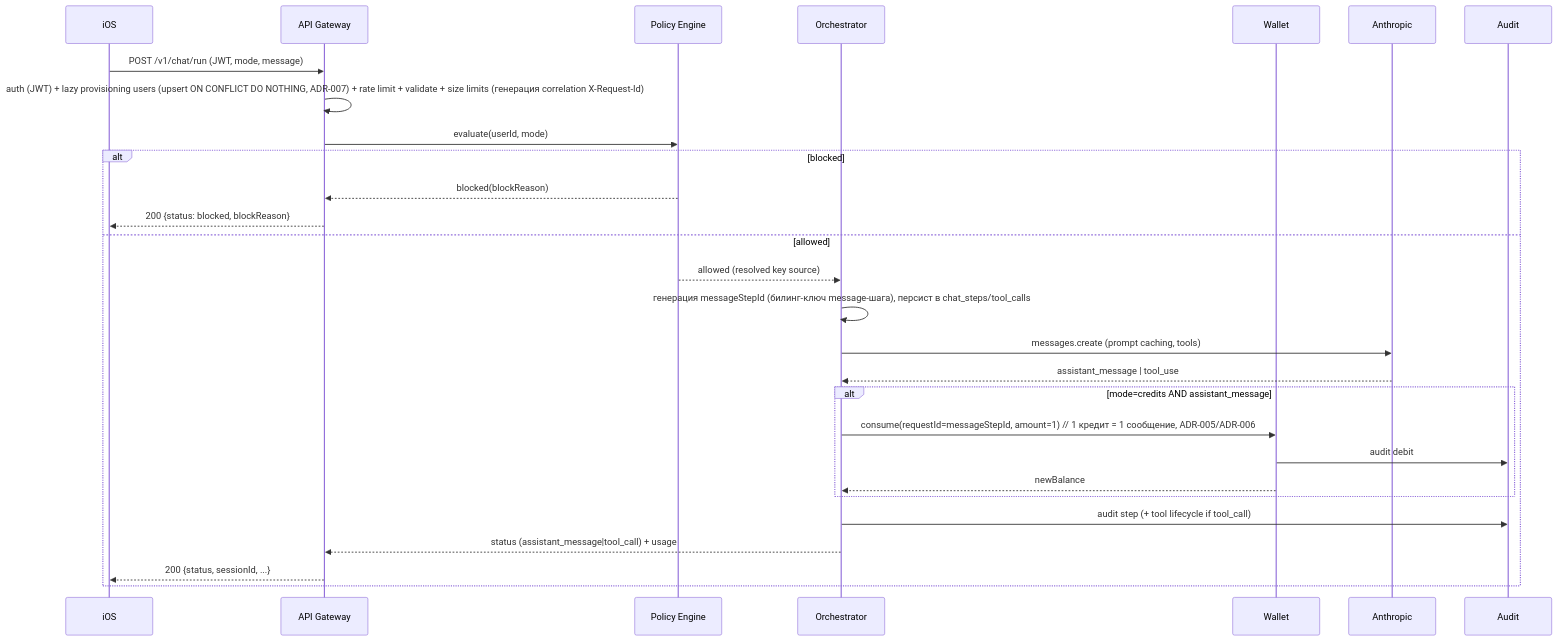
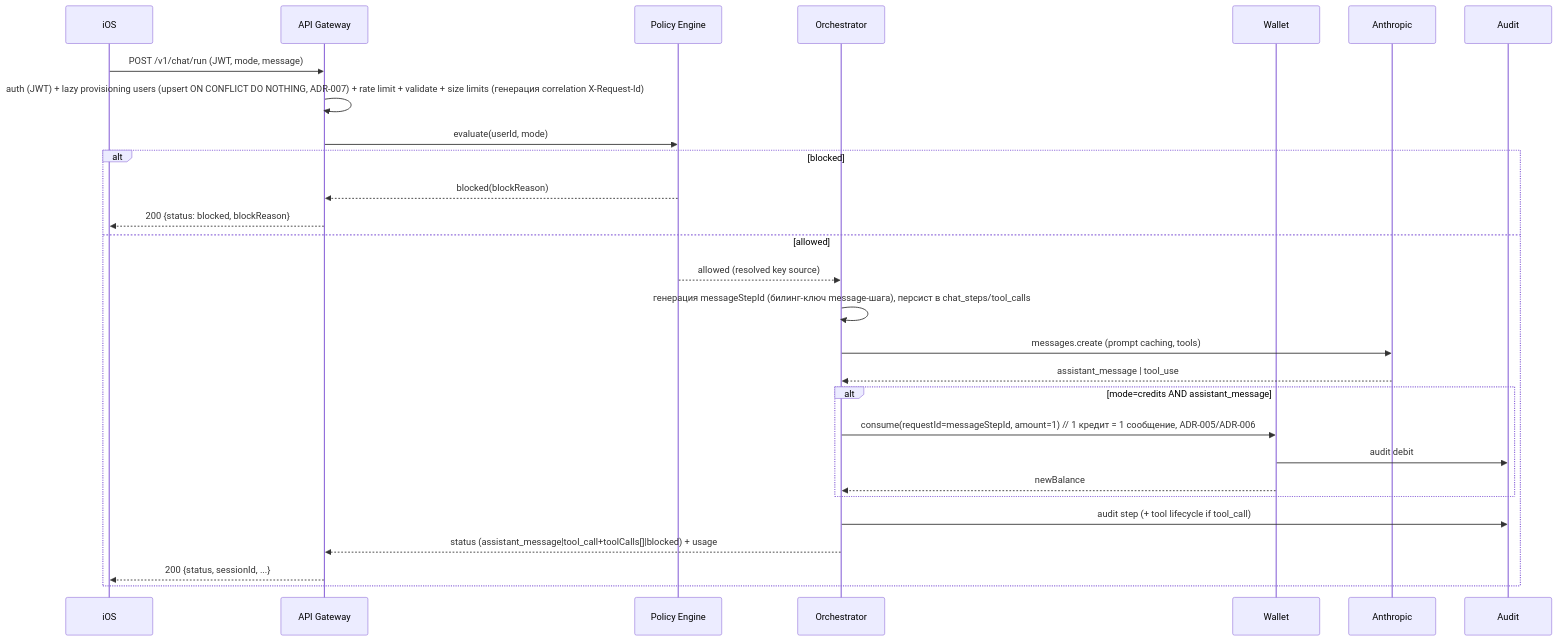
The second of 3 diagrams in docs/01-architecture.md (eliseiv/claude-ios), drawn with Mermaid before and after one commit. The commit also changed other lines of this file and 28 other files, not shown here.

First line of the commit message:
feat(chat): parallel client-side tool calls + max_tokens truncation handling (ADR-025)

````diff
--- a/docs/01-architecture.md
+++ b/docs/01-architecture.md
@@ -100,31 +100,31 @@
 ```mermaid
 sequenceDiagram
     participant C as iOS
     participant GW as API Gateway
     participant P as Policy Engine
     participant O as Orchestrator
     participant W as Wallet
     participant A as Anthropic
     participant AU as Audit
 
     C->>GW: POST /v1/chat/run (JWT, mode, message)
     GW->>GW: auth (JWT) + lazy provisioning users (upsert ON CONFLICT DO NOTHING, ADR-007) + rate limit + validate + size limits (генерация correlation X-Request-Id)
     GW->>P: evaluate(userId, mode)
     alt blocked
         P-->>GW: blocked(blockReason)
         GW-->>C: 200 {status: blocked, blockReason}
     else allowed
         P-->>O: allowed (resolved key source)
         O->>O: генерация messageStepId (билинг-ключ message-шага), персист в chat_steps/tool_calls
         O->>A: messages.create (prompt caching, tools)
         A-->>O: assistant_message | tool_use
         alt mode=credits AND assistant_message
             O->>W: consume(requestId=messageStepId, amount=1)  // 1 кредит = 1 сообщение, ADR-005/ADR-006
             W->>AU: audit debit
             W-->>O: newBalance
         end
         O->>AU: audit step (+ tool lifecycle if tool_call)
-        O-->>GW: status (assistant_message|tool_call) + usage
+        O-->>GW: status (assistant_message|tool_call+toolCalls[]|blocked) + usage
         GW-->>C: 200 {status, sessionId, ...}
     end
 ```
````
